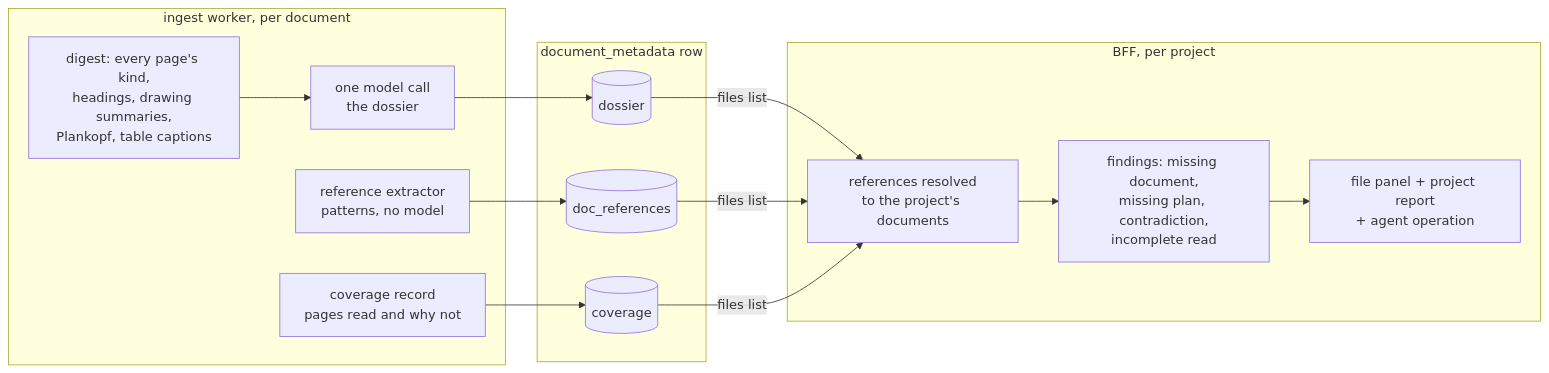
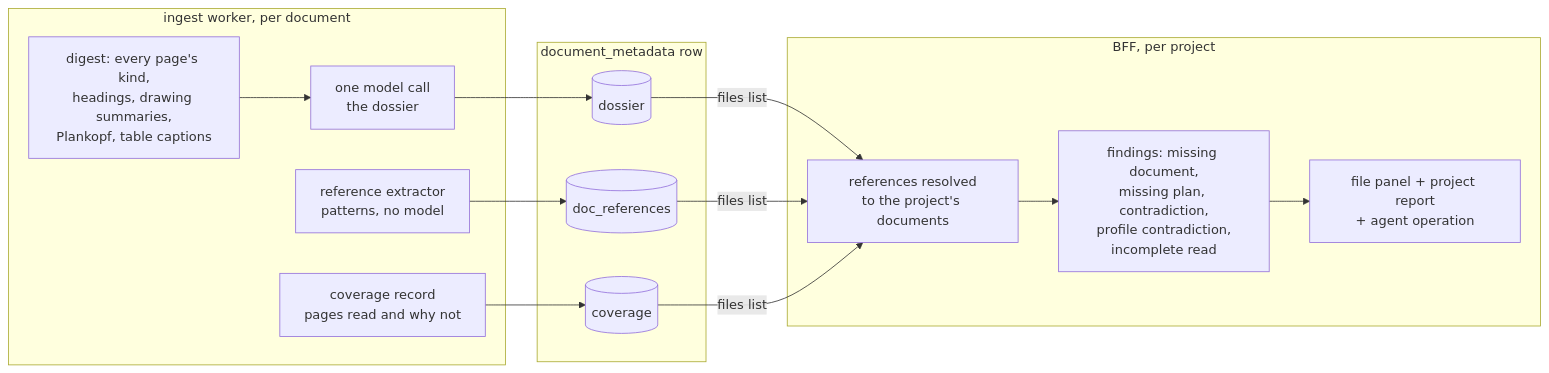
One commit to GRID-check/archos changed the diagram in docs/architecture/document-dossier.md. Above: the diagram before and after it, drawn with Mermaid. The commit also changed other lines of this file and 16 other files, not shown here.

````diff
--- a/docs/architecture/document-dossier.md
+++ b/docs/architecture/document-dossier.md
@@ -8,23 +8,23 @@
 ```mermaid
 flowchart LR
   subgraph Ingest["ingest worker, per document"]
     DG[digest: every page's kind,<br/>headings, drawing summaries,<br/>Plankopf, table captions]
     DC[one model call<br/>the dossier]
     RX[reference extractor<br/>patterns, no model]
     CV[coverage record<br/>pages read and why not]
   end
   subgraph Row["document_metadata row"]
     D[(dossier)]
     R[(doc_references)]
     C[(coverage)]
   end
   subgraph BFF["BFF, per project"]
     RS[references resolved<br/>to the project's documents]
-    FD[findings: missing document,<br/>missing plan, contradiction,<br/>incomplete read]
+    FD[findings: missing document,<br/>missing plan, contradiction,<br/>profile contradiction,<br/>incomplete read]
     UI[file panel + project report<br/>+ agent operation]
   end
   DG --> DC --> D
   RX --> R
   CV --> C
   D & R & C -- files list --> RS --> FD --> UI
 ```
````
